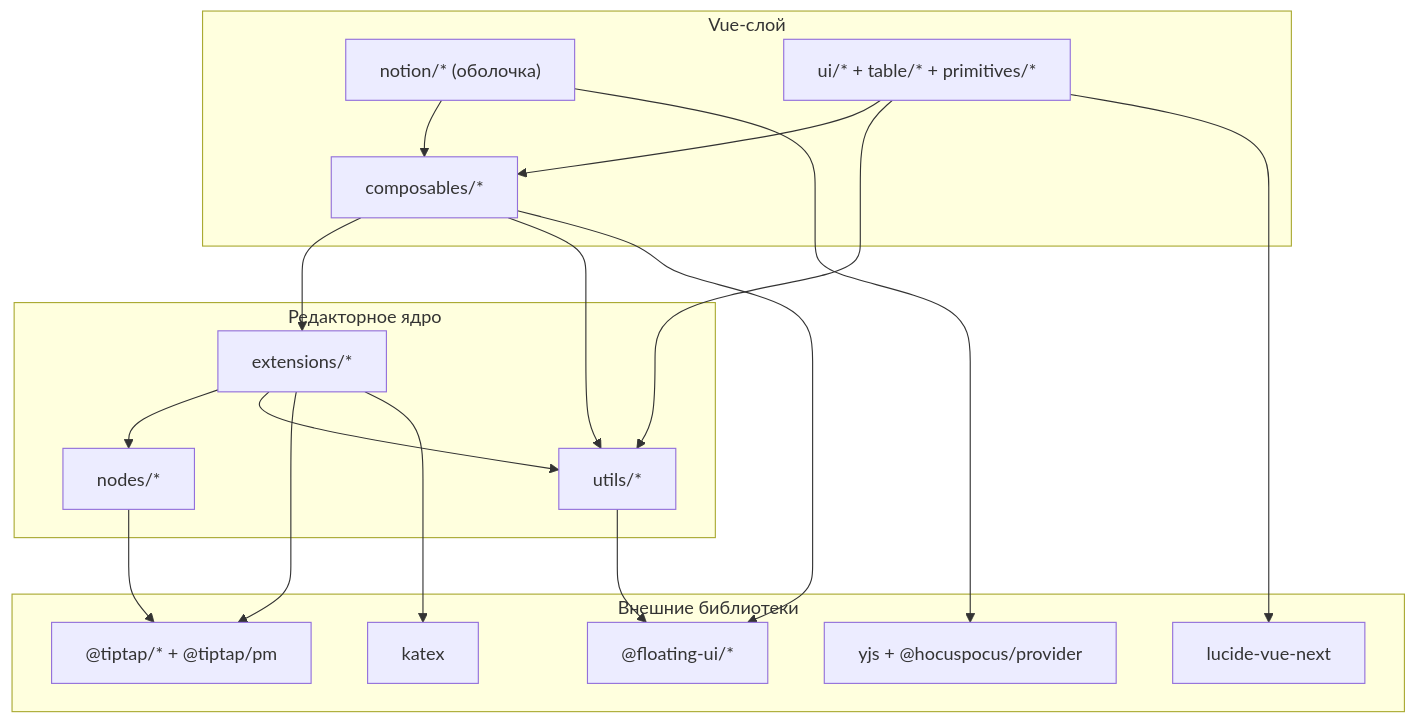
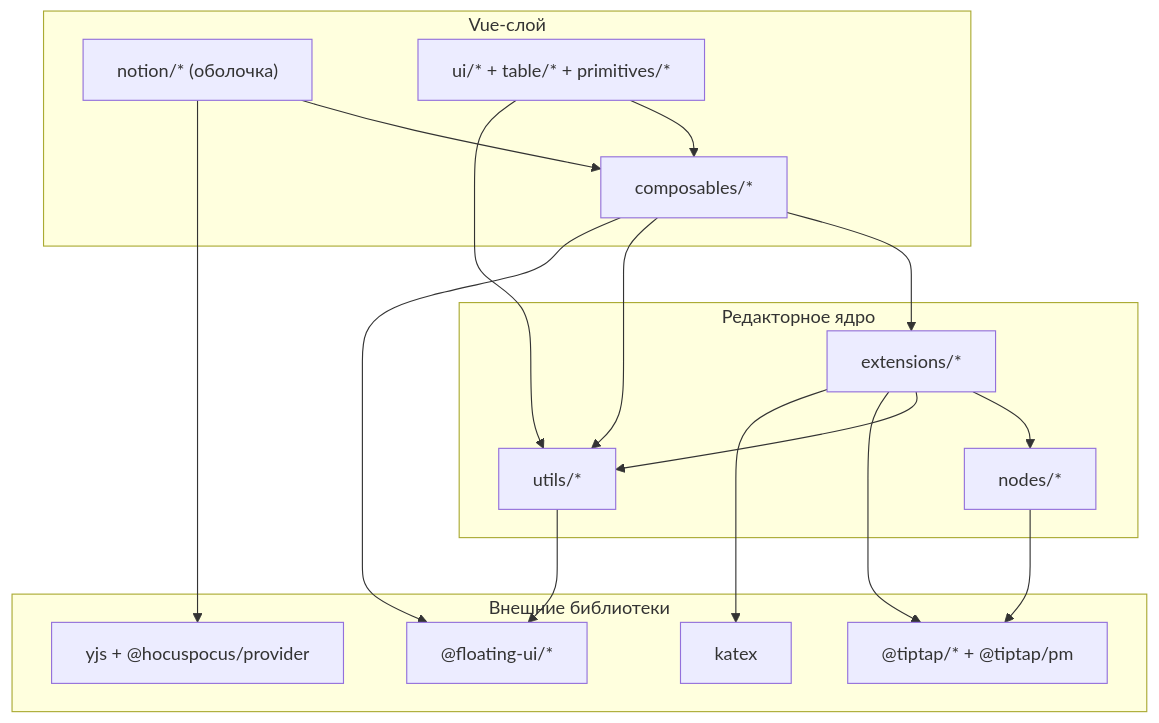
One commit to i-prikot/tiptap changed the fifth of 5 diagrams in .ai-factory/ARCHITECTURE.md. Above: the diagram before and after it, drawn with Mermaid. The commit also changed other lines of this file and 20 other files, not shown here.

Commit message:
chore: remove deprecated `lucide-vue-next` dependency and update `glob` handling in package.json and package-lock.json; configure Vitest to use `happy-dom` and improve test setup

````diff
--- a/.ai-factory/ARCHITECTURE.md
+++ b/.ai-factory/ARCHITECTURE.md
@@ -296,37 +296,35 @@
 ```mermaid
 flowchart TD
   subgraph Vue["Vue-слой"]
     Shell["notion/* (оболочка)"]
     UI["ui/* + table/* + primitives/*"]
     Composables["composables/*"]
   end
 
   subgraph Editor["Редакторное ядро"]
     Extensions["extensions/*"]
     Nodes["nodes/*"]
     UtilsMod["utils/*"]
   end
 
   subgraph External["Внешние библиотеки"]
     Tiptap["@tiptap/* + @tiptap/pm"]
     Floating["@floating-ui/*"]
     YjsLib["yjs + @hocuspocus/provider"]
     Katex["katex"]
-    Lucide["lucide-vue-next"]
   end
 
   Shell --> Composables
   UI --> Composables
   UI --> UtilsMod
   Composables --> Extensions
   Composables --> UtilsMod
   Extensions --> Nodes
   Extensions --> UtilsMod
   Extensions --> Tiptap
   Nodes --> Tiptap
   Composables --> Floating
   UtilsMod --> Floating
   Shell --> YjsLib
   Extensions --> Katex
-  UI --> Lucide
 ```
````
